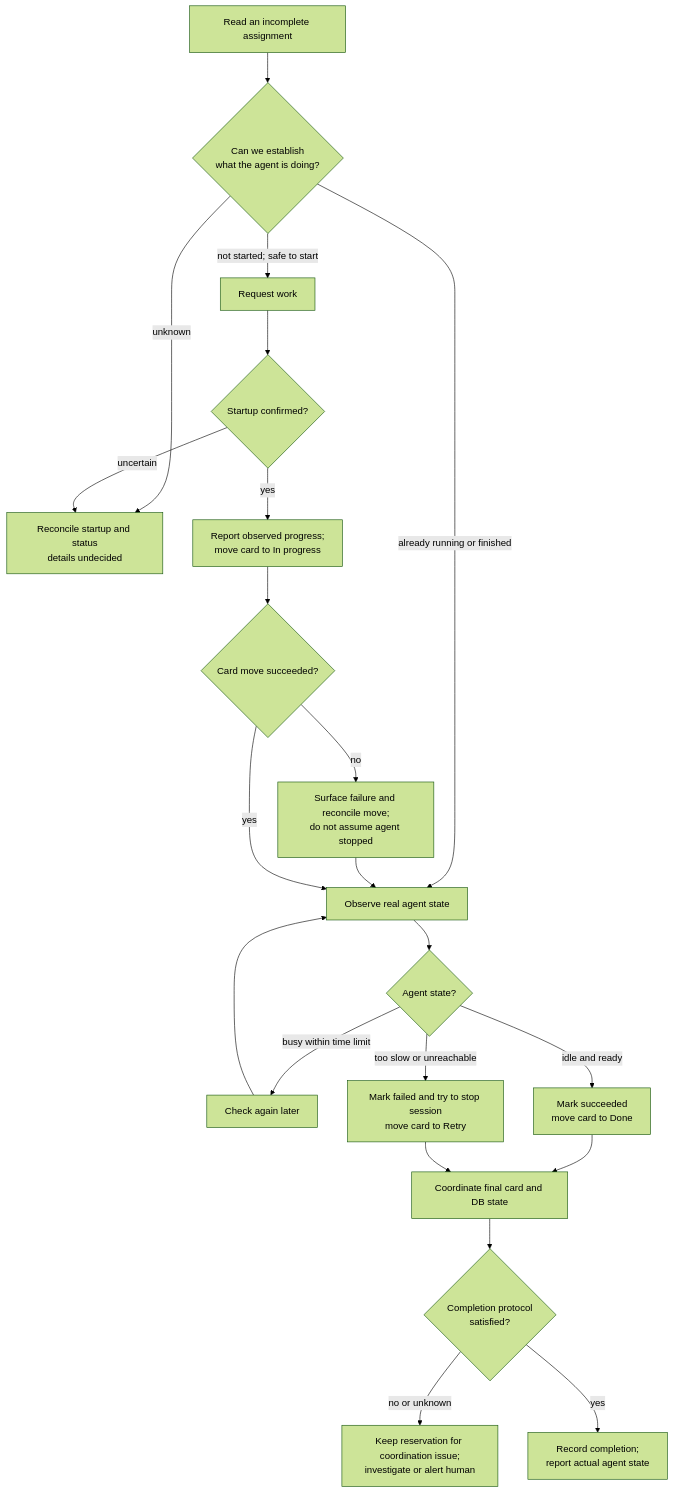
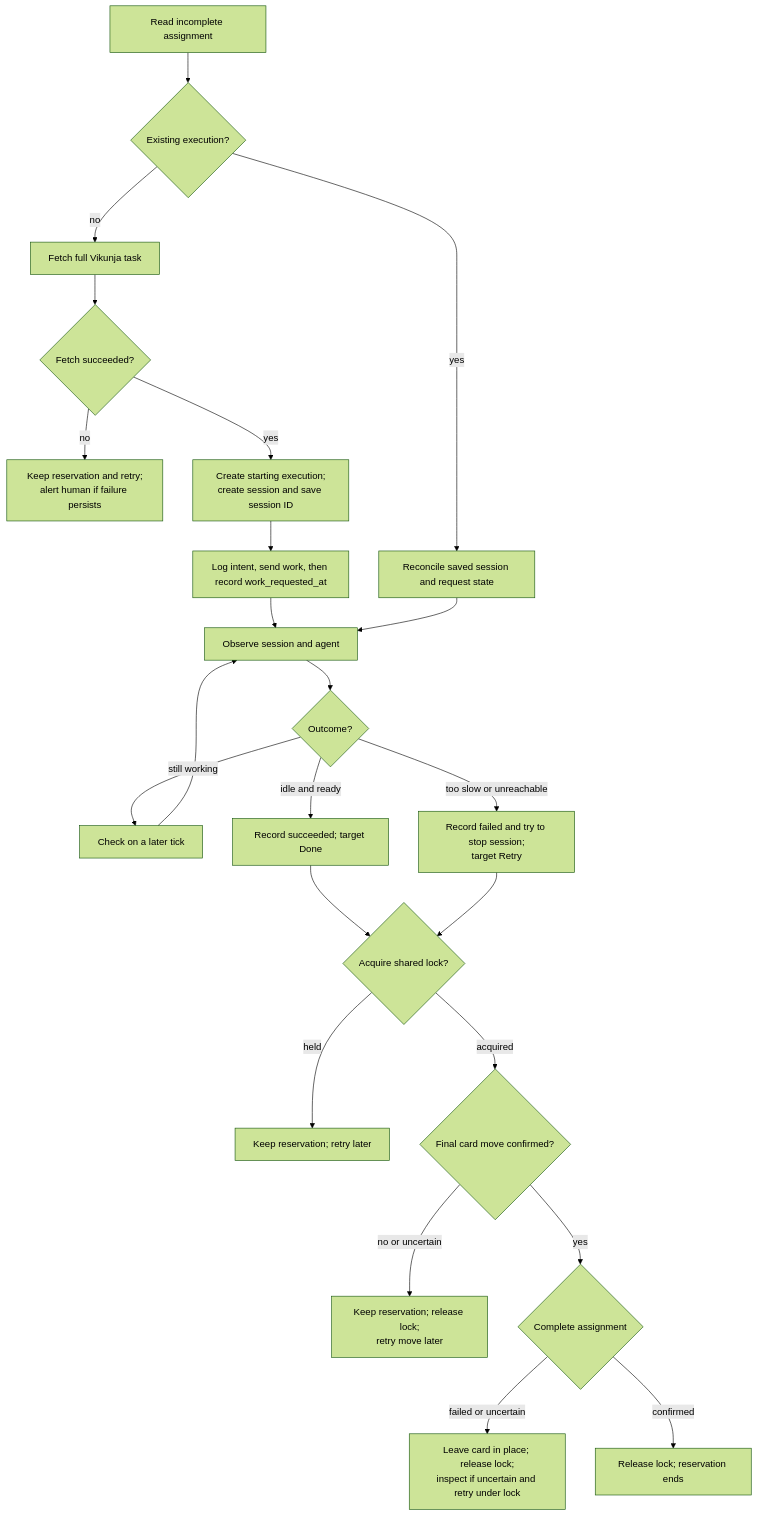
One commit to lgdelacruz92/agent-team changed the second of 3 diagrams in agent-team/apps/agent-resource-manager/docs/flowchart.md. Above: the diagram before and after it, drawn with Mermaid (forest theme). The commit also changed other lines of this file and 3 other files, not shown here.

````diff
--- a/agent-team/apps/agent-resource-manager/docs/flowchart.md
+++ b/agent-team/apps/agent-resource-manager/docs/flowchart.md
@@ -28,25 +29,25 @@
 ```mermaid
 flowchart TD
-    Start["Read an incomplete assignment"] --> Check{"Can we establish<br/>what the agent is doing?"}
-    Check -->|"unknown"| Investigate["Reconcile startup and status<br/>details undecided"]
-    Check -->|"already running or finished"| Observe["Observe real agent state"]
-    Check -->|"not started; safe to start"| Launch["Request work"]
-    Launch --> Confirm{"Startup confirmed?"}
-    Confirm -->|"uncertain"| Investigate
-    Confirm -->|"yes"| Report["Report observed progress;<br/>move card to In progress"]
-    Report --> Move{"Card move succeeded?"}
-    Move -->|"no"| Retry["Surface failure and reconcile move;<br/>do not assume agent stopped"]
-    Retry --> Observe
-    Move -->|"yes"| Observe
-    Observe --> Finished{"Agent state?"}
-    Finished -->|"busy within time limit"| Later["Check again later"]
+    Start["Read incomplete assignment"] --> Check{"Existing execution?"}
+    Check -->|"yes"| Recover["Reconcile saved session and request state"]
+    Check -->|"no"| Fetch["Fetch full Vikunja task"]
+    Fetch --> FetchOK{"Fetch succeeded?"}
+    FetchOK -->|"no"| FetchRetry["Keep reservation and retry;<br/>alert human if failure persists"]
+    FetchOK -->|"yes"| Create["Create starting execution;<br/>create session and save session ID"]
+    Create --> Send["Log intent, send work, then record work_requested_at"]
+    Send --> Observe["Observe session and agent"]
+    Recover --> Observe
+    Observe --> State{"Outcome?"}
+    State -->|"still working"| Later["Check on a later tick"]
     Later --> Observe
-    Finished -->|"idle and ready"| Success["Mark succeeded<br/>move card to Done"]
-    Finished -->|"too slow or unreachable"| Fail["Mark failed and try to stop session<br/>move card to Retry"]
-    Success --> Coordinate["Coordinate final card and DB state"]
-    Fail --> Coordinate
-    Coordinate --> Safe{"Completion protocol<br/>satisfied?"}
-    Safe -->|"no or unknown"| Human
-    Human["Keep reservation for coordination issue;<br/>investigate or alert human"]
-    Safe -->|"yes"| Complete["Record completion;<br/>report actual agent state"]
+    State -->|"idle and ready"| Success["Record succeeded; target Done"]
+    State -->|"too slow or unreachable"| Fail["Record failed and try to stop session;<br/>target Retry"]
+    Success --> Lock{"Acquire shared lock?"}
+    Fail --> Lock
+    Lock -->|"held"| Wait["Keep reservation; retry later"]
+    Lock -->|"acquired"| Move{"Final card move confirmed?"}
+    Move -->|"no or uncertain"| WaitRelease["Keep reservation; release lock;<br/>retry move later"]
+    Move -->|"yes"| Complete{"Complete assignment"}
+    Complete -->|"failed or uncertain"| DBRetry["Leave card in place; release lock;<br/>inspect if uncertain and retry under lock"]
+    Complete -->|"confirmed"| Release["Release lock; reservation ends"]
 ```
````
